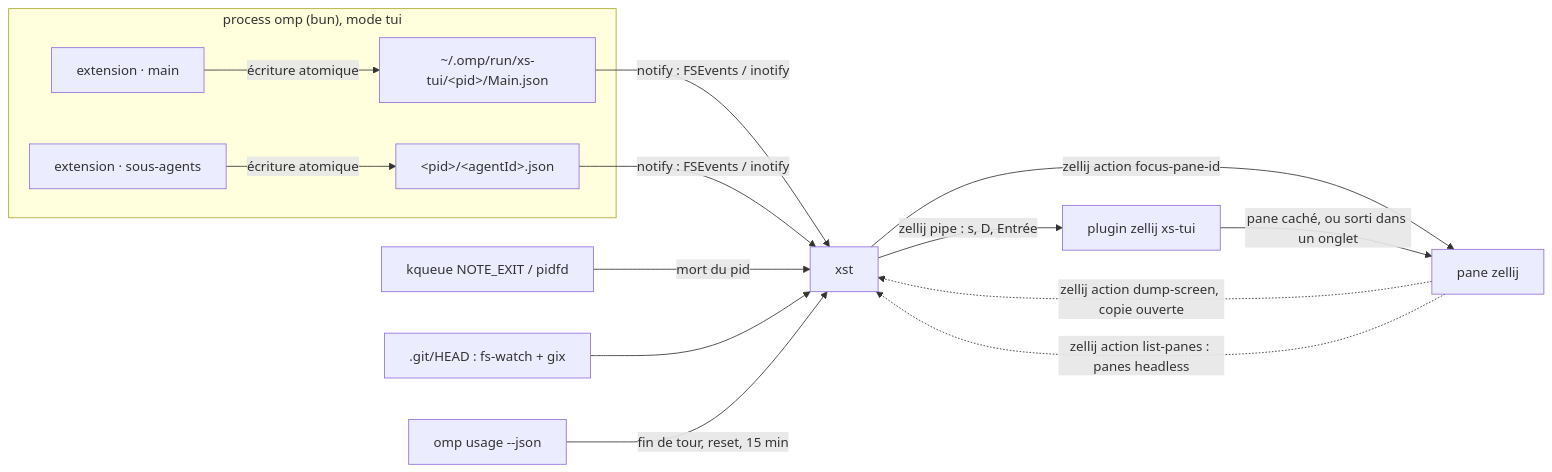
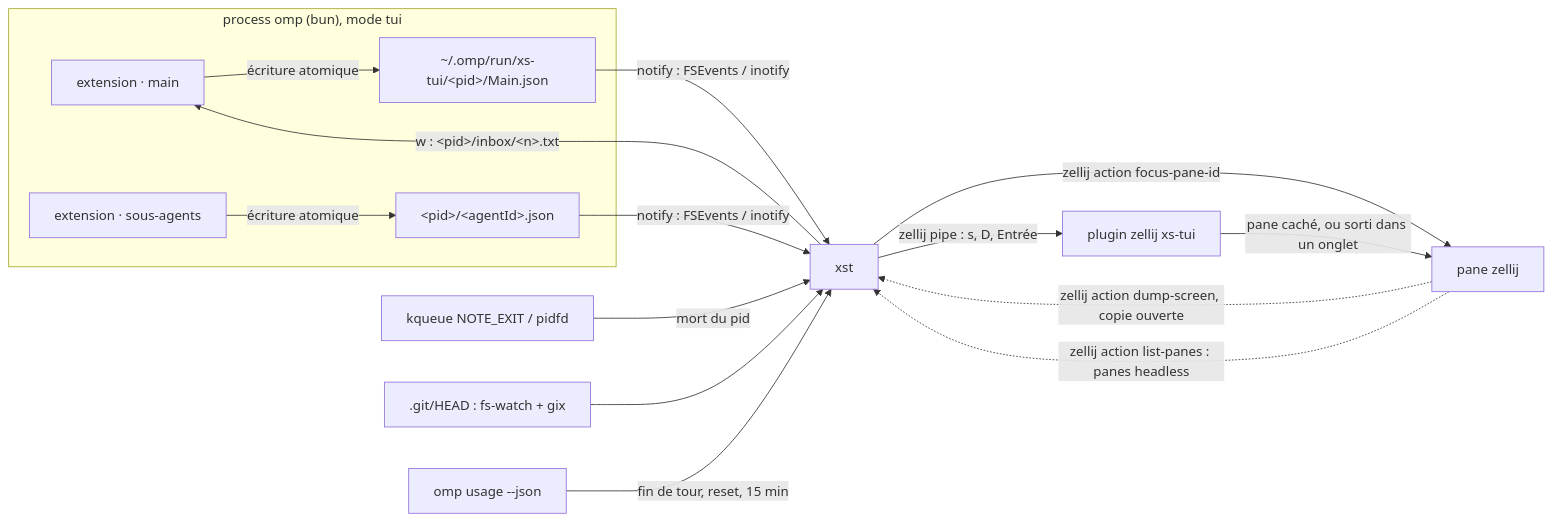
Before and after one commit to scolomer/xs-tui: the diagram in SPEC.md, drawn with Mermaid. The commit also changed other lines of this file and 8 other files, not shown here.

````diff
--- a/SPEC.md
+++ b/SPEC.md
@@ -27,16 +28,17 @@
 ```mermaid
 flowchart LR
   subgraph omp["process omp (bun), mode tui"]
     M[extension · main] -->|écriture atomique| F1["~/.omp/run/xs-tui/&lt;pid&gt;/Main.json"]
     S[extension · sous-agents] -->|écriture atomique| F2["&lt;pid&gt;/&lt;agentId&gt;.json"]
   end
   F1 & F2 -->|notify : FSEvents / inotify| T[xst]
+  T -->|w : &lt;pid&gt;/inbox/&lt;n&gt;.txt| M
   K[kqueue NOTE_EXIT / pidfd] -->|mort du pid| T
   G[".git/HEAD : fs-watch + gix"] --> T
   T -->|zellij action focus-pane-id| Z[pane zellij]
   Z -.->|zellij action dump-screen, copie ouverte| T
   T -->|zellij pipe : s, D, Entrée| P[plugin zellij xs-tui]
   P -->|pane caché, ou sorti dans un onglet| Z
   Z -.->|zellij action list-panes : panes headless| T
   U["omp usage --json"] -->|fin de tour, reset, 15 min| T
 ```
````
